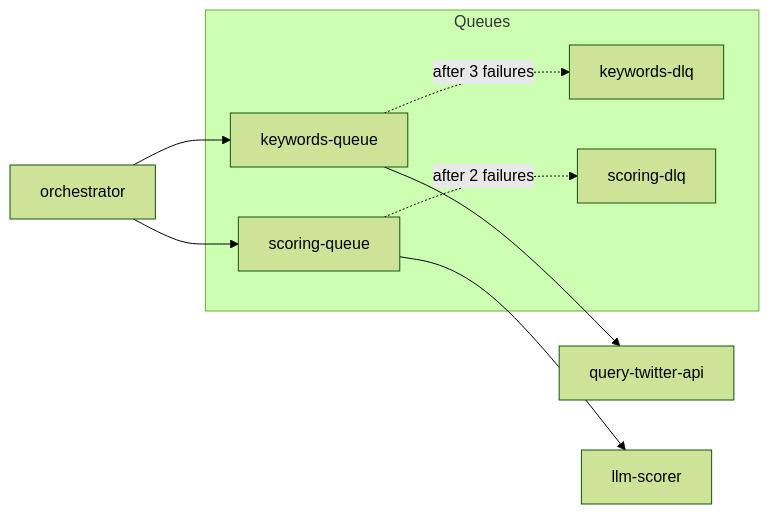
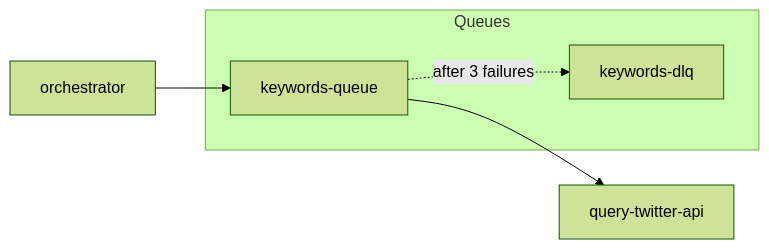
One commit to DanEscher98/twitter-profile-scorer changed the fourth of 5 diagrams in docs/architecture.md. Above: the diagram before and after it, drawn with Mermaid (forest theme). The commit also changed other lines of this file and 14 other files, not shown here.

````diff
--- a/docs/architecture.md
+++ b/docs/architecture.md
@@ -185,16 +190,11 @@
 ```mermaid
 graph LR
     subgraph Queues
         KQ[keywords-queue]
-        SQ[scoring-queue]
         DLQ_K[keywords-dlq]
-        DLQ_S[scoring-dlq]
     end
 
     OR[orchestrator] --> KQ
-    OR --> SQ
     KQ --> QT[query-twitter-api]
-    SQ --> LS[llm-scorer]
     KQ -.->|after 3 failures| DLQ_K
-    SQ -.->|after 2 failures| DLQ_S
 ```
````
